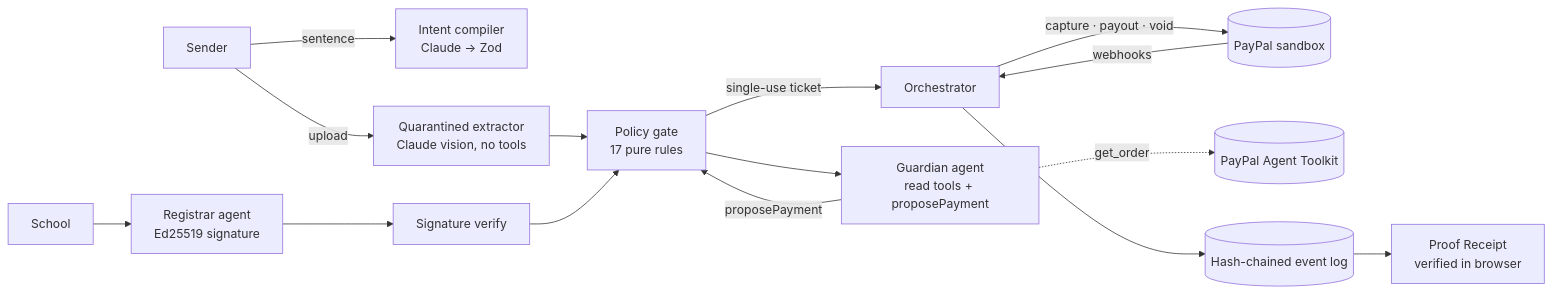
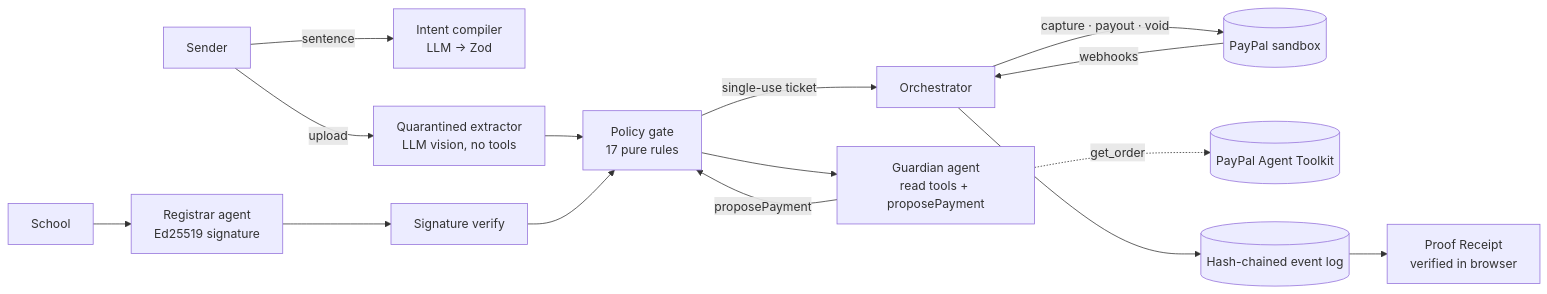
Before and after one commit to jesse-kariuki/earmark: the diagram in README.md, drawn with Mermaid. The commit also changed other lines of this file and 5 other files, not shown here.

````diff
--- a/README.md
+++ b/README.md
@@ -98,17 +123,17 @@
 ```mermaid
 flowchart LR
-  S[Sender] -->|sentence| C1[Intent compiler<br/>Claude → Zod]
-  S -->|upload| X[Quarantined extractor<br/>Claude vision, no tools]
+  S[Sender] -->|sentence| C1[Intent compiler<br/>LLM → Zod]
+  S -->|upload| X[Quarantined extractor<br/>LLM vision, no tools]
   SC[School] --> REG[Registrar agent<br/>Ed25519 signature]
   REG --> V[Signature verify]
   X --> G[Policy gate<br/>17 pure rules]
   V --> G
   G --> GU[Guardian agent<br/>read tools + proposePayment]
   GU -->|proposePayment| G
   G -->|single-use ticket| O[Orchestrator]
   O -->|capture · payout · void| PP[(PayPal sandbox)]
   PP -->|webhooks| O
   GU -.->|get_order| TK[(PayPal Agent Toolkit)]
   O --> LOG[(Hash-chained event log)]
   LOG --> RC[Proof Receipt<br/>verified in browser]
 ```
````
